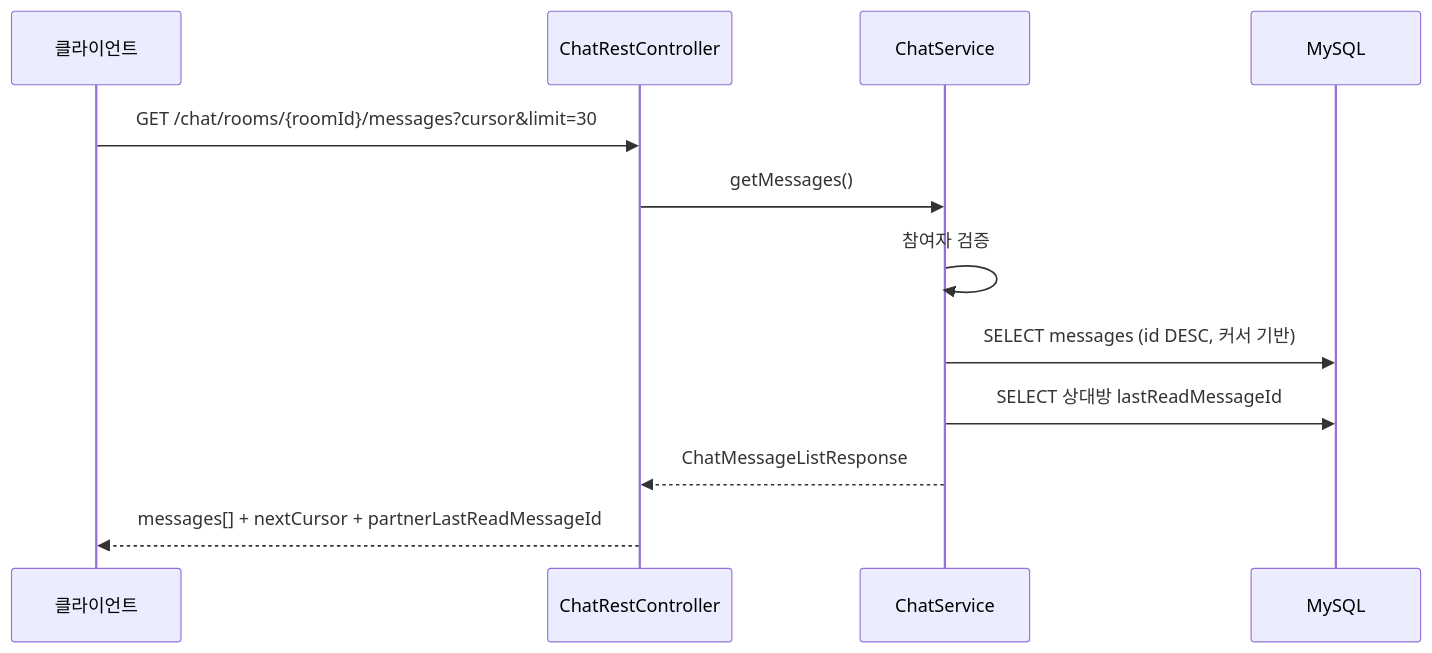
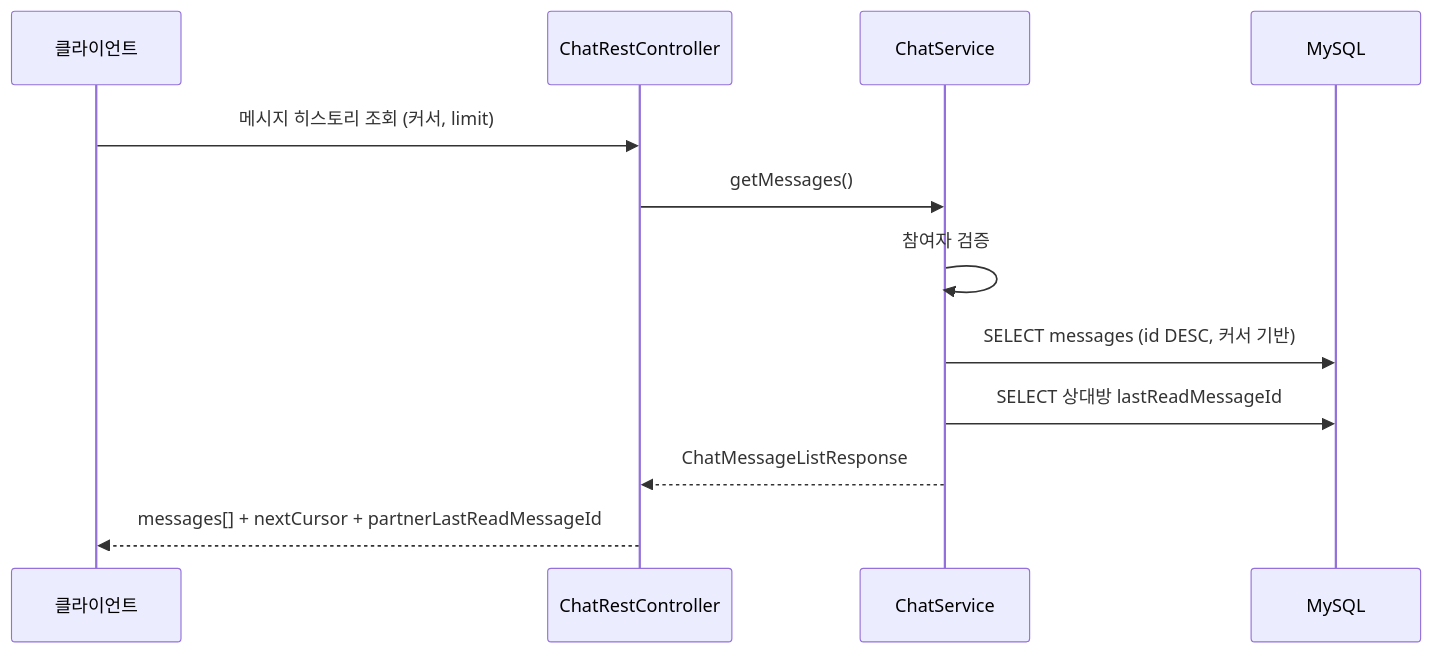
The third of 8 diagrams in architecture/chat-domain.md (cherry-market/cherry-architecture), drawn with Mermaid before and after one commit. The commit also changed other lines of this file and 6 other files, not shown here.

````diff
--- a/architecture/chat-domain.md
+++ b/architecture/chat-domain.md
@@ -122,15 +122,15 @@
 ```mermaid
 sequenceDiagram
     participant C as 클라이언트
     participant API as ChatRestController
     participant SVC as ChatService
     participant DB as MySQL
 
-    C->>API: GET /chat/rooms/{roomId}/messages?cursor&limit=30
+    C->>API: 메시지 히스토리 조회 (커서, limit)
     API->>SVC: getMessages()
     SVC->>SVC: 참여자 검증
     SVC->>DB: SELECT messages (id DESC, 커서 기반)
     SVC->>DB: SELECT 상대방 lastReadMessageId
     SVC-->>API: ChatMessageListResponse
     API-->>C: messages[] + nextCursor + partnerLastReadMessageId
 ```
````
